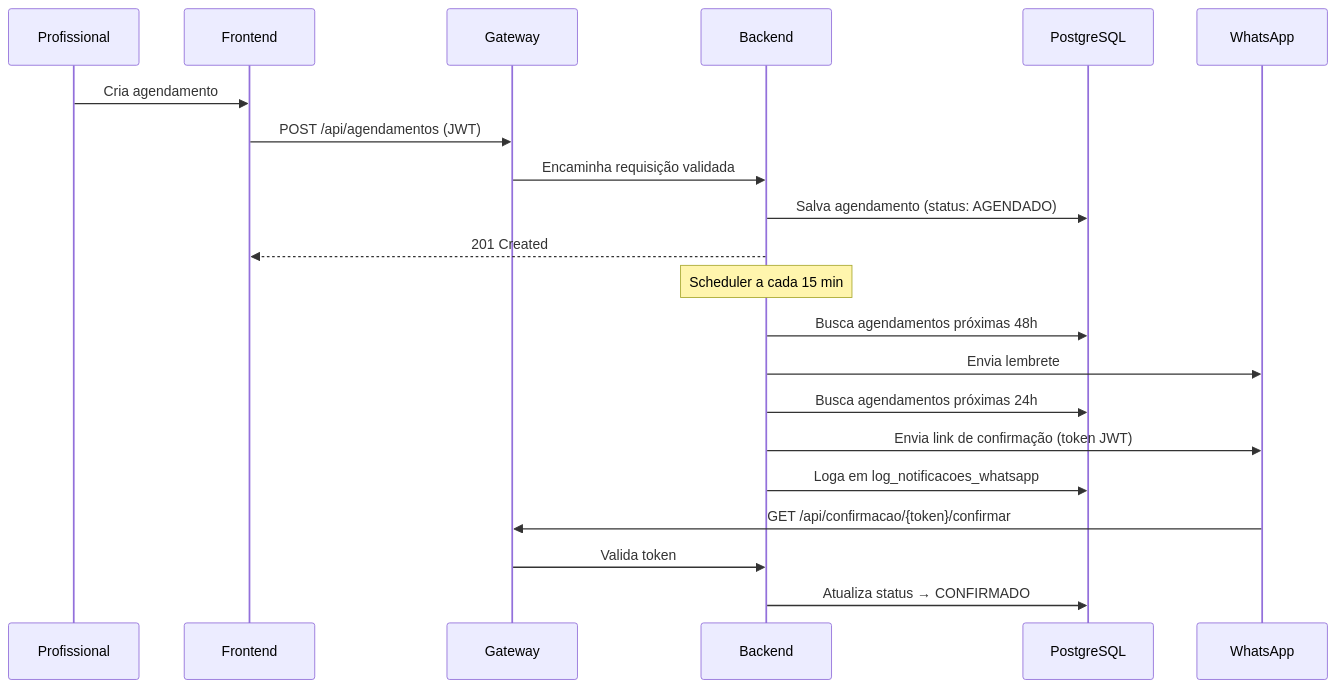
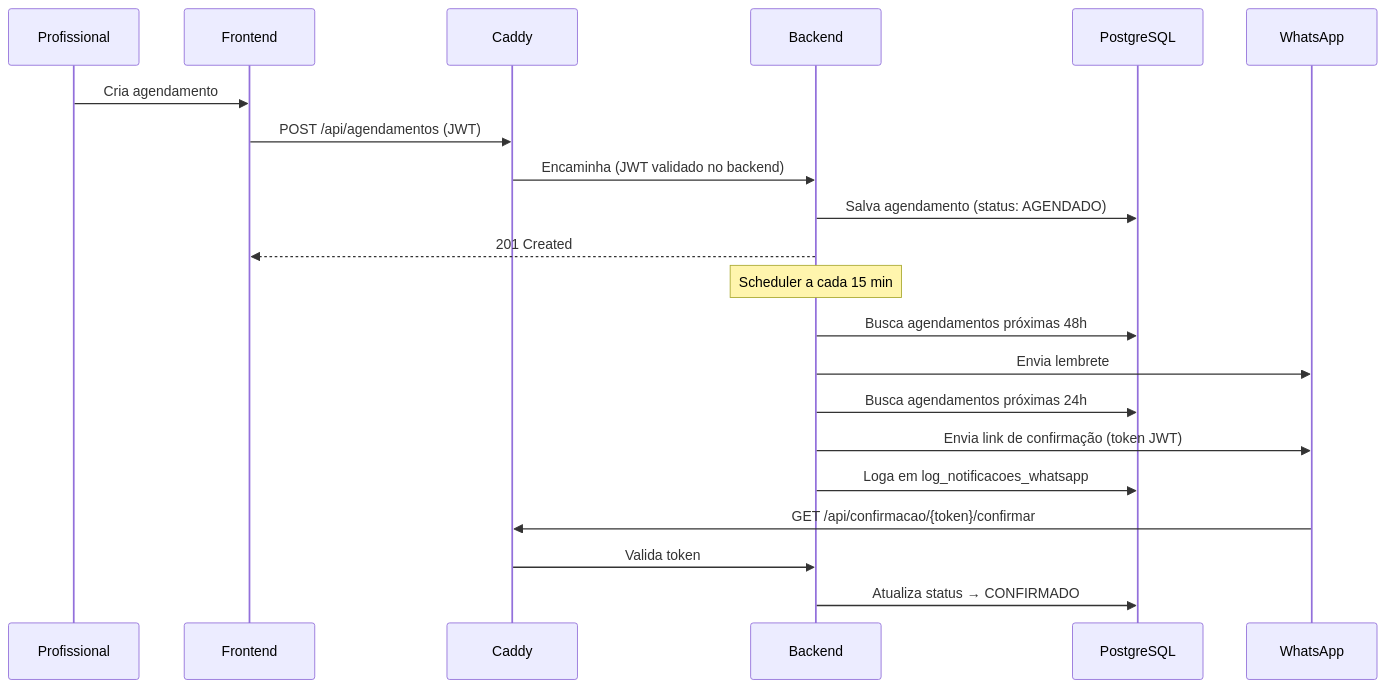
The second of 4 diagrams in README.md (arturolivs/prontudigital), drawn with Mermaid before and after one commit. The commit also changed other lines of this file and 14 other files, not shown here.

````diff
--- a/README.md
+++ b/README.md
@@ -88,26 +90,26 @@
 ```mermaid
 sequenceDiagram
     participant P as Profissional
     participant FE as Frontend
-    participant GW as Gateway
+    participant GW as Caddy
     participant BE as Backend
     participant DB as PostgreSQL
     participant WA as WhatsApp
 
     P->>FE: Cria agendamento
     FE->>GW: POST /api/agendamentos (JWT)
-    GW->>BE: Encaminha requisição validada
+    GW->>BE: Encaminha (JWT validado no backend)
     BE->>DB: Salva agendamento (status: AGENDADO)
     BE-->>FE: 201 Created
 
     Note over BE: Scheduler a cada 15 min
     BE->>DB: Busca agendamentos próximas 48h
     BE->>WA: Envia lembrete
     BE->>DB: Busca agendamentos próximas 24h
     BE->>WA: Envia link de confirmação (token JWT)
     BE->>DB: Loga em log_notificacoes_whatsapp
 
     WA->>GW: GET /api/confirmacao/{token}/confirmar
     GW->>BE: Valida token
     BE->>DB: Atualiza status → CONFIRMADO
 ```
````
